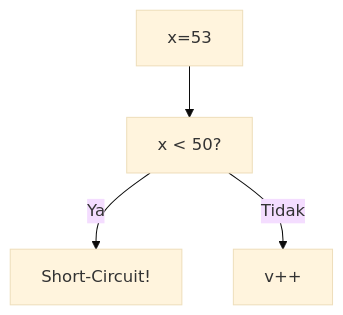
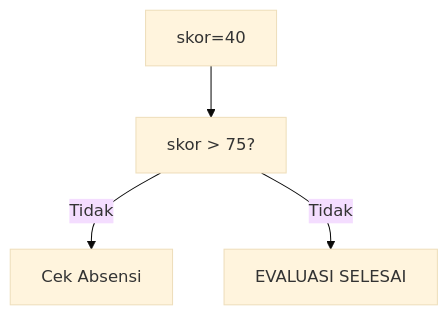
The fifth of 25 diagrams in part-c-pemahaman-cpp/02-percabangan/latihan/set-08.md (amnahwaida/OSNK_INF_PREP), drawn with Mermaid (base theme) before and after one commit. The commit also changed other lines of this file and 71 other files, not shown here.

````diff
--- a/part-c-pemahaman-cpp/02-percabangan/latihan/set-08.md
+++ b/part-c-pemahaman-cpp/02-percabangan/latihan/set-08.md
@@ -134,6 +140,6 @@
 ```mermaid
 graph TD
-A["x=53"] --> B["x < 50?"]
-B -- Ya --> C["Short-Circuit!"]
-B -- Tidak --> D["v++"]
+A["skor=40"] --> B["skor > 75?"]
+B -- Tidak --> C["Cek Absensi"]
+B -- Tidak --> D["EVALUASI SELESAI"]
 ```
````
